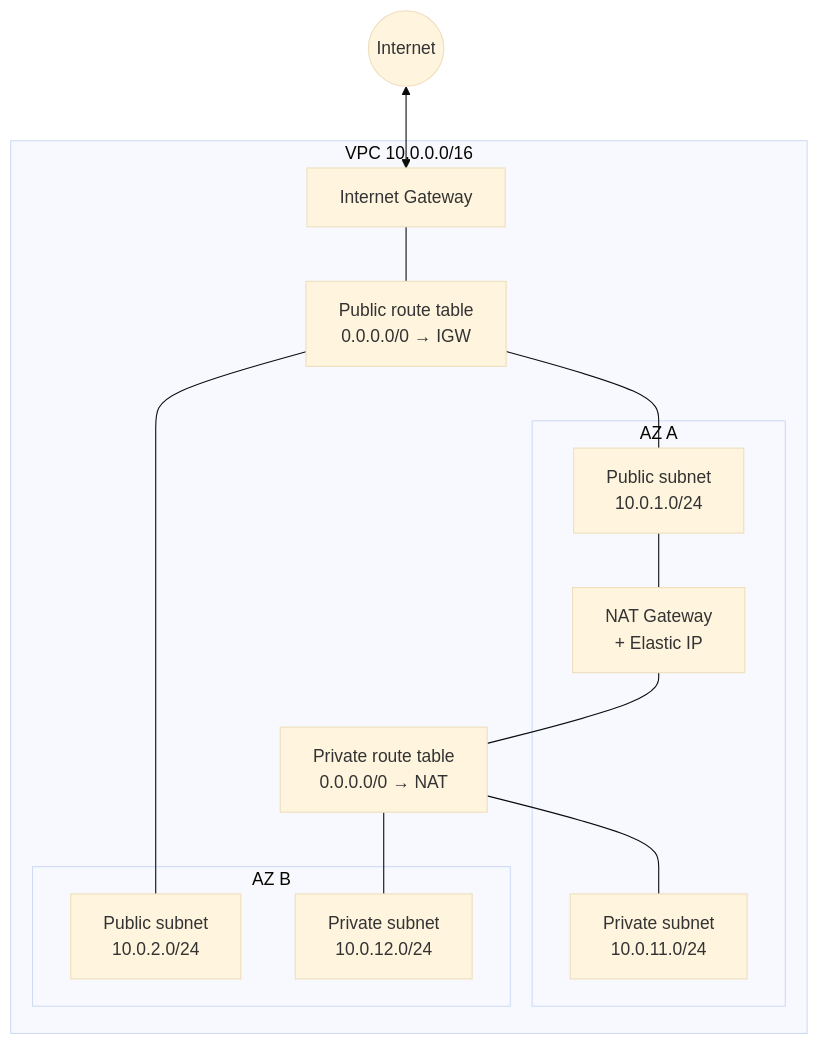
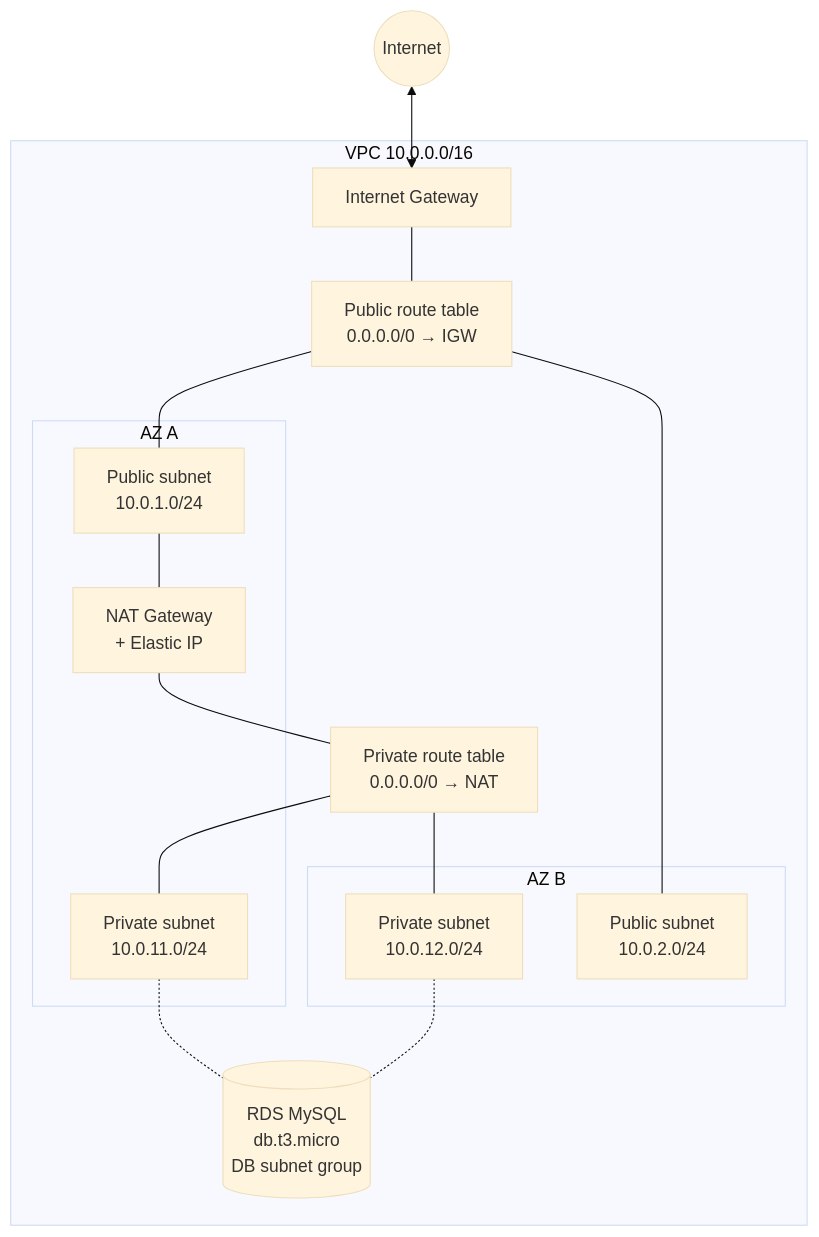
One commit to samibhiri/aws-terraform-ha-fullstack changed the first of 2 diagrams in README.md. Above: the diagram before and after it, drawn with Mermaid (base theme). The commit also changed other lines of this file and 4 other files, not shown here.

First line of the commit message:
feat(database): add RDS MySQL instance and outputs

````diff
--- a/README.md
+++ b/README.md
@@ -18,30 +18,34 @@
 ```mermaid
 flowchart TB
     internet((Internet))
 
     subgraph VPC["VPC 10.0.0.0/16"]
         igw[Internet Gateway]
         rtpub[Public route table<br/>0.0.0.0/0 → IGW]
         rtpriv[Private route table<br/>0.0.0.0/0 → NAT]
 
         subgraph AZA["AZ A"]
             pubA[Public subnet<br/>10.0.1.0/24]
             nat[NAT Gateway<br/>+ Elastic IP]
             privA[Private subnet<br/>10.0.11.0/24]
         end
 
         subgraph AZB["AZ B"]
             pubB[Public subnet<br/>10.0.2.0/24]
             privB[Private subnet<br/>10.0.12.0/24]
         end
+
+        rds[(RDS MySQL<br/>db.t3.micro<br/>DB subnet group)]
     end
 
     internet <--> igw
     igw --- rtpub
     rtpub --- pubA
     rtpub --- pubB
     pubA --- nat
     nat --- rtpriv
     rtpriv --- privA
     rtpriv --- privB
+    privA -.- rds
+    privB -.- rds
 ```
````
